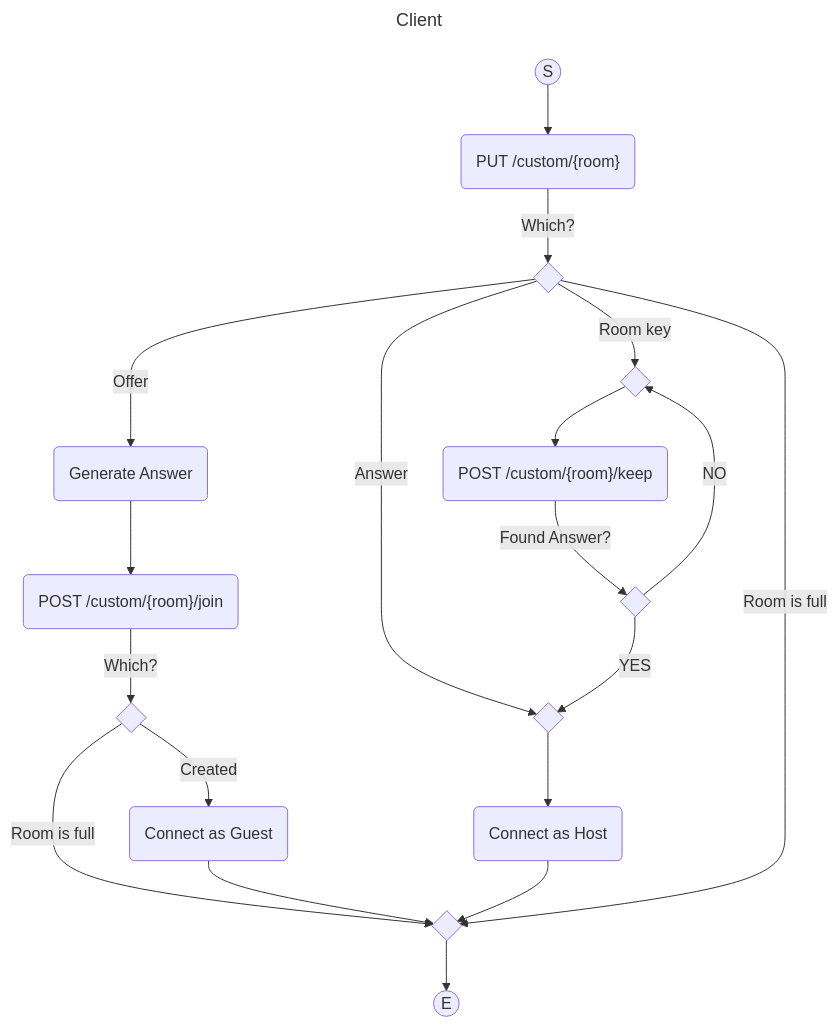
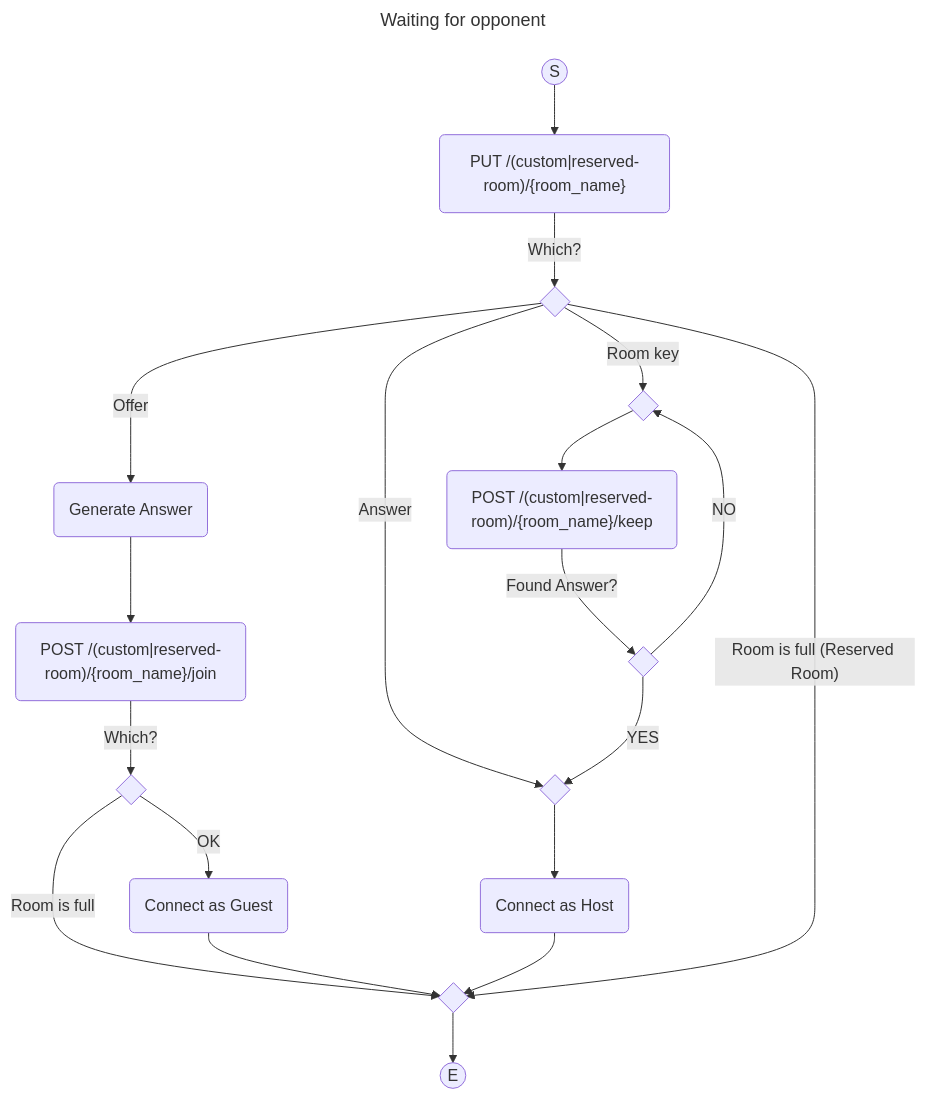
Before and after one commit to progre/junowen: the sixth of 8 diagrams in junowen-server/docs/activity-diagrams.md, drawn with Mermaid. The commit also changed other lines of this file and 5 other files, not shown here.

````diff
--- a/junowen-server/docs/activity-diagrams.md
+++ b/junowen-server/docs/activity-diagrams.md
@@ -127,37 +154,39 @@
 ```mermaid
 ---
-title: Client
+title: Waiting for opponent
 ---
 
 flowchart TB
   direction TB
 
   2000((S))
-  2000 --> 2020("PUT /custom/{room}")
+  2000 --> 2020("PUT /(custom|reserved-room)/{room_name}")
   2020 -- Which? --> 2030{ }
-
-  2030 -- Offer --> 2040(Generate Answer)
-  2040 --> 2060("POST /custom/{room}/join")
-  2060 -- Which? --> 2070{ }
-
-  2070 -- Room is full --> 2998
-
-  2070 -- Created --> 2080(Connect as Guest)
-  2080 --> 2998{ }
-
-  2030 -- Answer --> 2200{ }
-  2200 --> 2210(Connect as Host)
-  2210 --> 2998
-
-
-  2030 -- Room key --> 2300{ }
-  2300 --> 2320("POST /custom/{room}/keep")
-  2320 -- Found Answer? --> 2330{ }
-
-  2330 -- YES --> 2200
-  2330 -- NO --> 2300
-
-  2030 -- Room is full --> 2998
+    2030 -- Offer --> 2040(Generate Answer)
+    2040 --> 2060("POST /(custom|reserved-room)/{room_name}/join")
+    2060 -- Which? --> 2070{ }
+      2070 -- Room is full --> 2998
+      %% goto
+    %% case
+      2070 -- OK --> 2080(Connect as Guest)
+      2080 --> 2998{ }
+      %% goto
+  %% case
+    2030 -- Answer --> 2200{ }
+    2200 --> 2210(Connect as Host)
+    2210 --> 2998
+    %% goto
+  %% case
+    2030 -- Room key --> 2300{ }
+    2300 --> 2320("POST /(custom|reserved-room)/{room_name}/keep")
+    2320 -- Found Answer? --> 2330{ }
+      2330 -- YES --> 2200
+      %% goto
+    %% case
+      2330 -- NO --> 2300
+      %% goto
+  %% case
+    2030 -- "Room is full (Reserved Room)" --> 2998
 
   2998 --> 2999((E))
 ```
````
